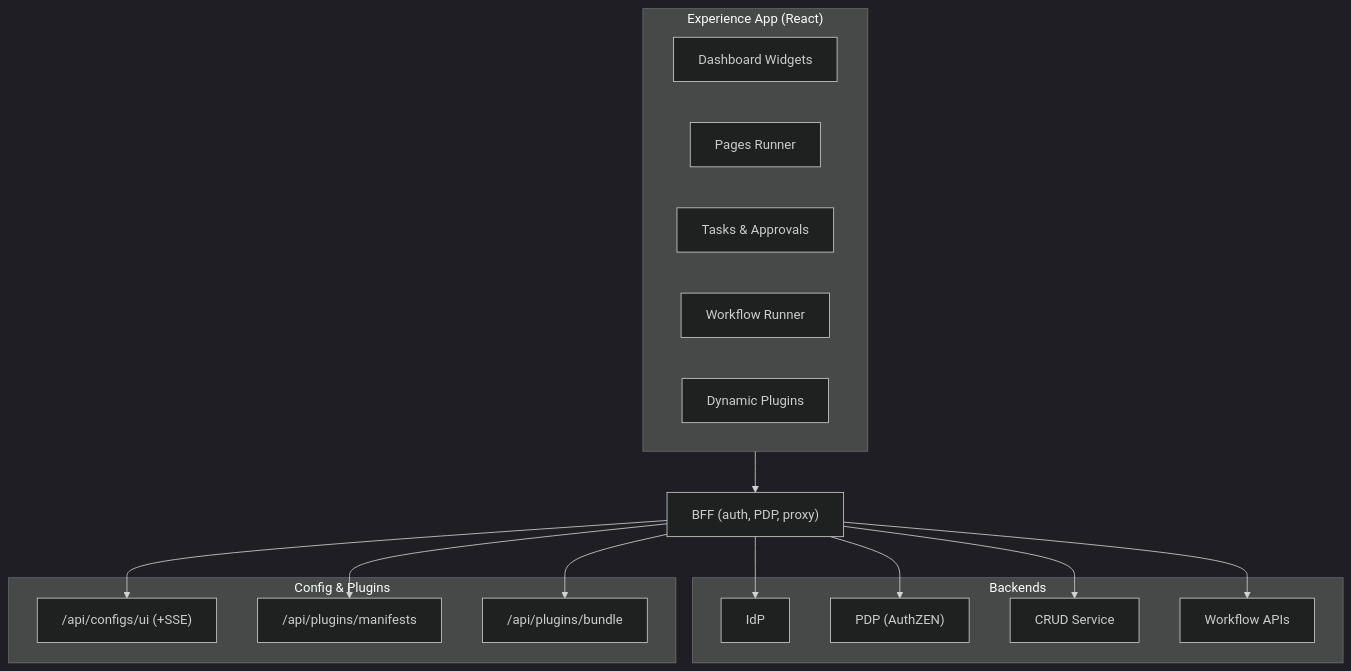
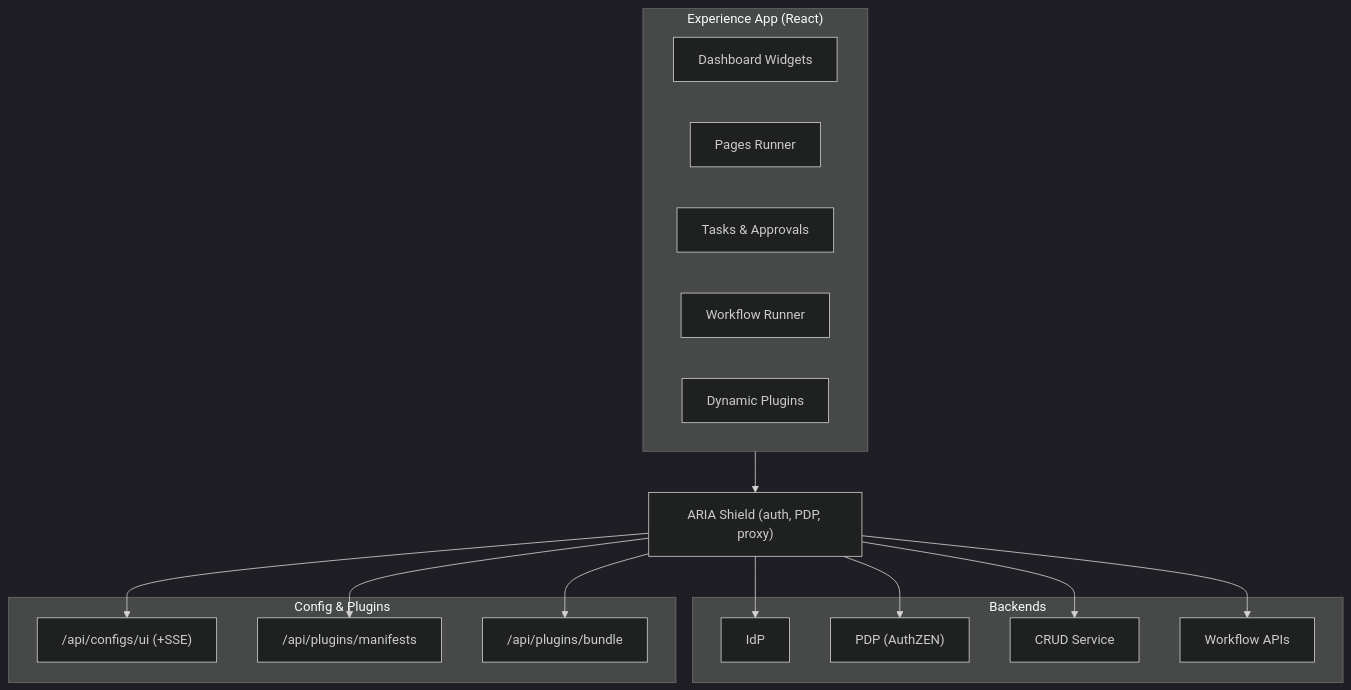
The diagram in docs/marketing/experience-app.md (empowerID/empowernow_docs), drawn with Mermaid (dark theme) before and after one commit. The commit also changed other lines of this file and 36 other files, not shown here.

Commit message:
docs: standardize naming to ARIA Shield and ARIA MCP Gateway; clarify budget vs MCP, update hubs & marketing

````diff
--- a/docs/marketing/experience-app.md
+++ b/docs/marketing/experience-app.md
@@ -19,32 +19,32 @@
 ```mermaid
 flowchart TB
   subgraph UI["Experience App (React)"]
     Dash[Dashboard Widgets]
     Pages[Pages Runner]
     Tasks[Tasks & Approvals]
     Workflows[Workflow Runner]
     Plugins[Dynamic Plugins]
   end
-  BFF["BFF (auth, PDP, proxy)"]
+  BFF["ARIA Shield (auth, PDP, proxy)"]
   UI --> BFF
 
   subgraph Svc["Backends"]
     IdP["IdP"]
     PDP["PDP (AuthZEN)"]
     CRUD["CRUD Service"]
     WF["Workflow APIs"]
   end
   BFF --> IdP
   BFF --> PDP
   BFF --> CRUD
   BFF --> WF
 
   subgraph Ext["Config & Plugins"]
     UIcfg["/api/configs/ui (+SSE)"]
     Man["/api/plugins/manifests"]
     Bun["/api/plugins/bundle"]
   end
   BFF --> UIcfg
   BFF --> Man
   BFF --> Bun
 ```
````
